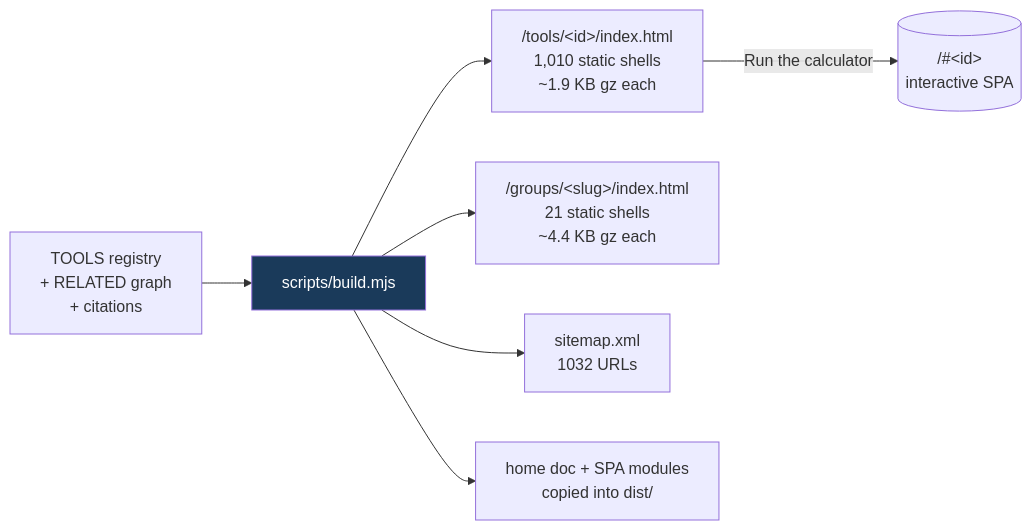
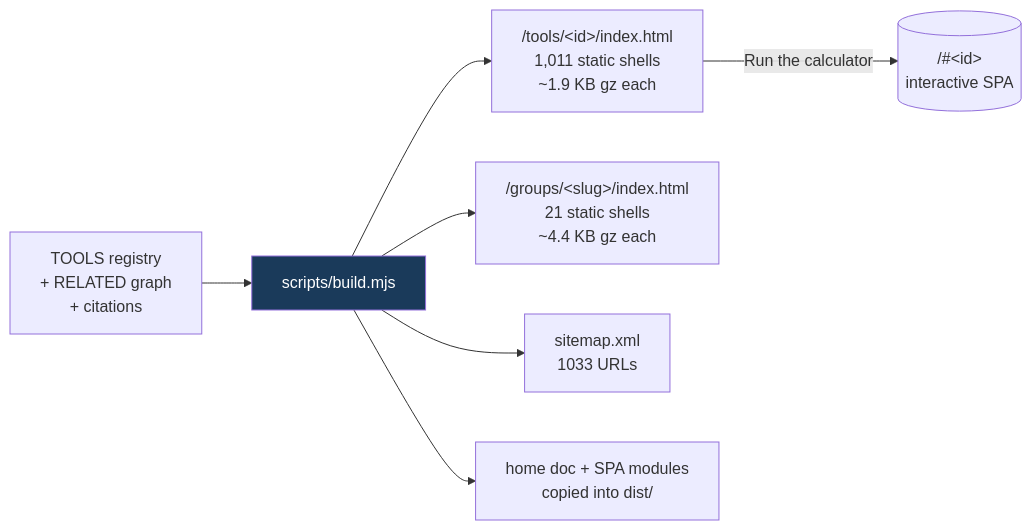
The fifth of 8 diagrams in README.md (clay-good/roughlogic.com), drawn with Mermaid before and after one commit. The commit also changed other lines of this file and 14 other files, not shown here.

````diff
--- a/README.md
+++ b/README.md
@@ -495,10 +495,10 @@
 ```mermaid
 flowchart LR
     SRC[TOOLS registry\n+ RELATED graph\n+ citations] --> BUILD[scripts/build.mjs]
-    BUILD --> TILE["/tools/&lt;id&gt;/index.html\n1,010 static shells\n~1.9 KB gz each"]
+    BUILD --> TILE["/tools/&lt;id&gt;/index.html\n1,011 static shells\n~1.9 KB gz each"]
     BUILD --> GROUP["/groups/&lt;slug&gt;/index.html\n21 static shells\n~4.4 KB gz each"]
-    BUILD --> MAP["sitemap.xml\n1032 URLs"]
+    BUILD --> MAP["sitemap.xml\n1033 URLs"]
     BUILD --> COPY[home doc + SPA modules\ncopied into dist/]
     TILE -->|Run the calculator| SPA[("/#&lt;id&gt;\ninteractive SPA")]
     style BUILD fill:#1a3a5a,color:#fff
 ```
````
